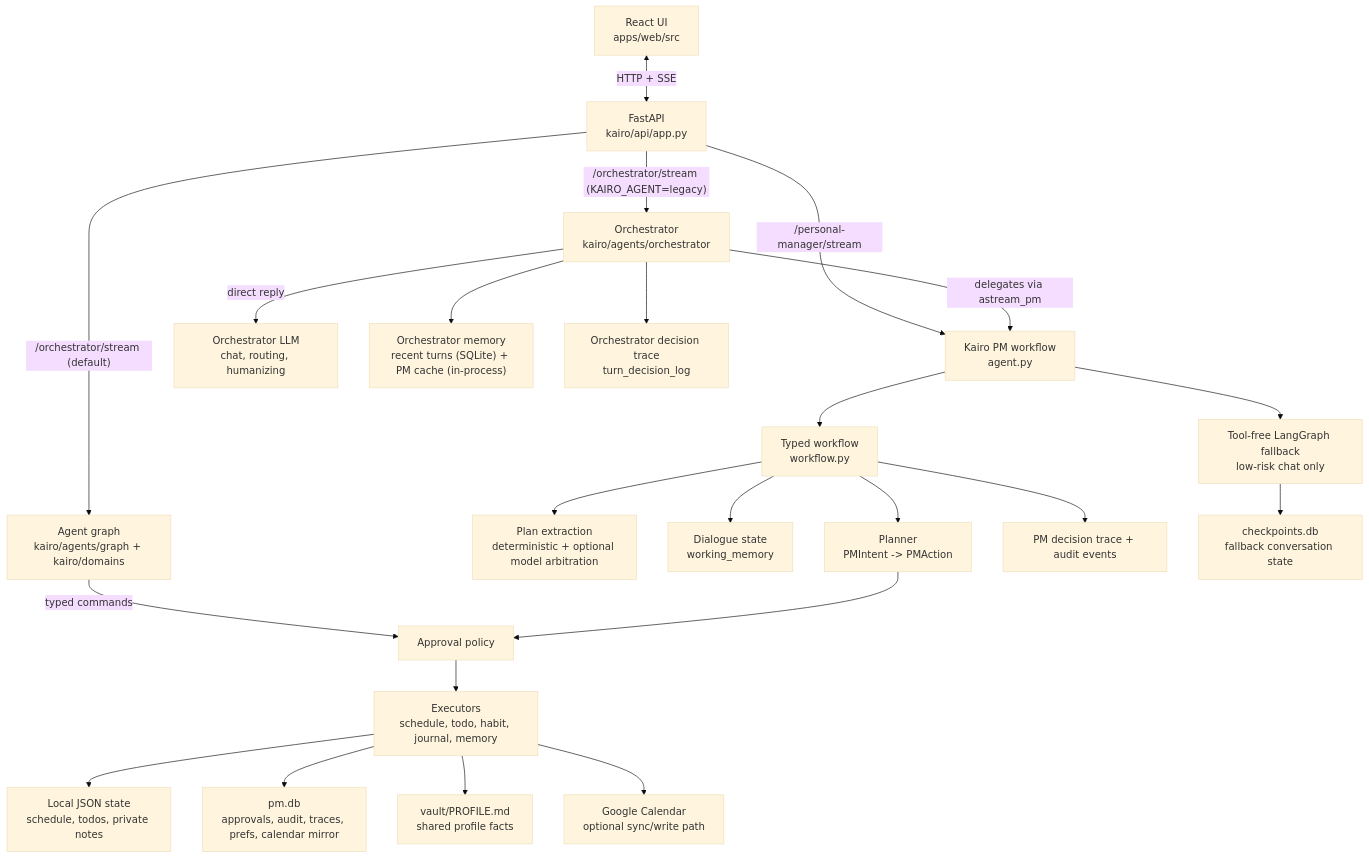
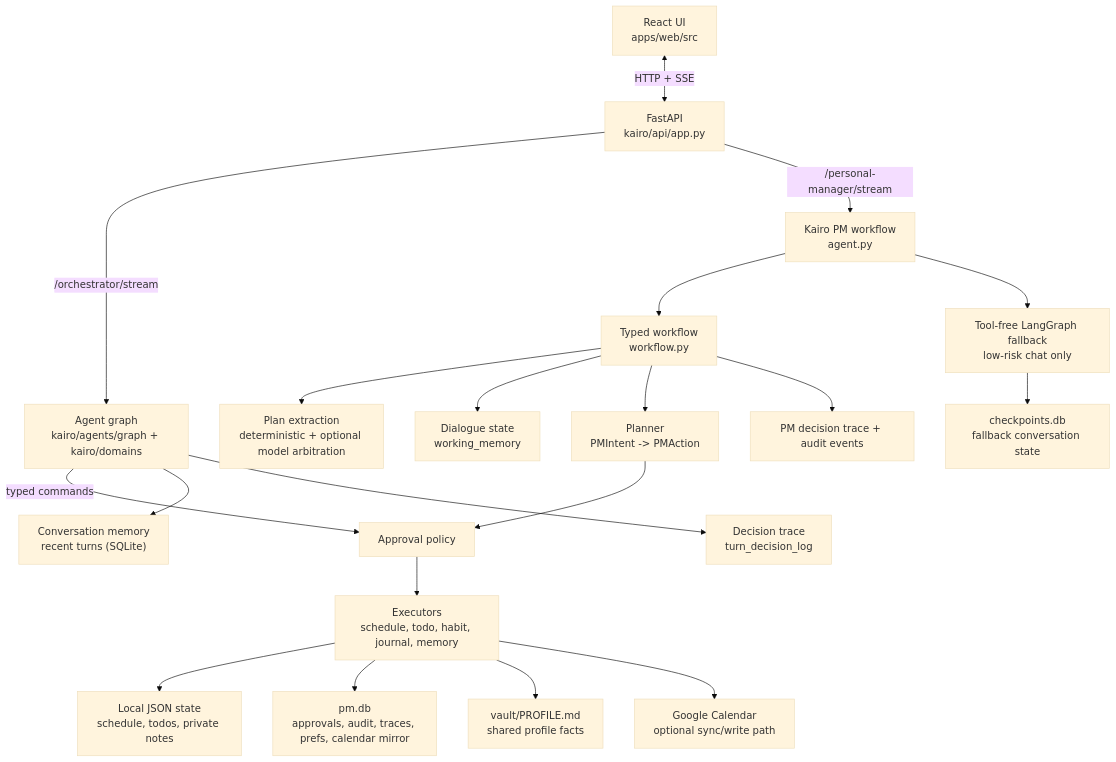
One commit to JefferyLiu6/Kairo changed the first of 9 diagrams in ARCHITECTURE.md. Above: the diagram before and after it, drawn with Mermaid (base theme). The commit also changed other lines of this file and 59 other files, not shown here.

First line of the commit message:
Remove the orchestrator, the path web chat ran on before the agent graph

````diff
--- a/ARCHITECTURE.md
+++ b/ARCHITECTURE.md
@@ -58,30 +54,27 @@
 ```mermaid
 flowchart TB
     UI["React UI<br/>apps/web/src"] <-->|HTTP + SSE| API["FastAPI<br/>kairo/api/app.py"]
 
-    API -->|"/orchestrator/stream (default)"| GRAPH["Agent graph<br/>kairo/agents/graph + kairo/domains"]
+    API -->|"/orchestrator/stream"| GRAPH["Agent graph<br/>kairo/agents/graph + kairo/domains"]
     GRAPH -->|"typed commands"| POLICY
-    API -->|"/orchestrator/stream (KAIRO_AGENT=legacy)"| ORCH["Orchestrator<br/>kairo/agents/orchestrator"]
+    GRAPH --> GMEM["Conversation memory<br/>recent turns (SQLite)"]
+    GRAPH --> GTRACE["Decision trace<br/>turn_decision_log"]
     API -->|/personal-manager/stream| PM["Kairo PM workflow<br/>agent.py"]
-    ORCH -->|delegates via astream_pm| PM
-    ORCH -->|direct reply| OLLM["Orchestrator LLM<br/>chat, routing, humanizing"]
-    ORCH --> OMEM["Orchestrator memory<br/>recent turns (SQLite) + PM cache (in-process)"]
-    ORCH --> OTRACE["Orchestrator decision trace<br/>turn_decision_log"]
 
     PM --> TYPED["Typed workflow<br/>workflow.py"]
     PM --> FALLBACK["Tool-free LangGraph fallback<br/>low-risk chat only"]
 
     TYPED --> EXTRACT["Plan extraction<br/>deterministic + optional model arbitration"]
     TYPED --> STATE["Dialogue state<br/>working_memory"]
     TYPED --> PLAN["Planner<br/>PMIntent -> PMAction"]
     PLAN --> POLICY["Approval policy"]
     POLICY --> EXEC["Executors<br/>schedule, todo, habit, journal, memory"]
 
     TYPED --> OBS["PM decision trace + audit events"]
     FALLBACK --> CKPT["checkpoints.db<br/>fallback conversation state"]
 
     EXEC --> LOCAL["Local JSON state<br/>schedule, todos, private notes"]
     EXEC --> PMDB["pm.db<br/>approvals, audit, traces, prefs, calendar mirror"]
     EXEC --> VAULT["vault/PROFILE.md<br/>shared profile facts"]
     EXEC --> GCAL["Google Calendar<br/>optional sync/write path"]
 ```
````
